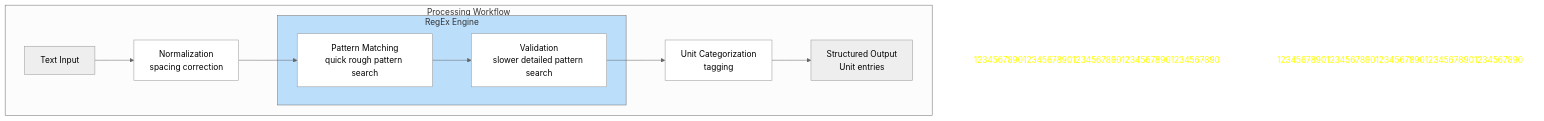
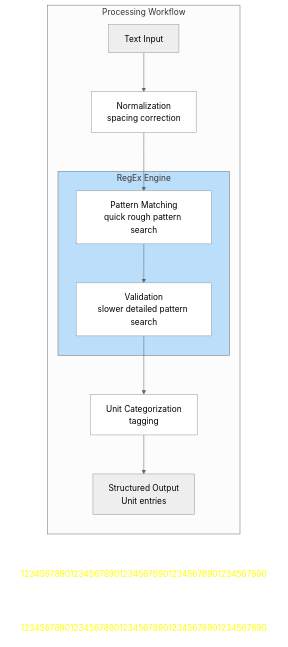
The diagram in seanox_ai_nlp/units/README.md (seanox/seanox-ai-nlp), drawn with Mermaid before and after one commit.

Commit message:
#0000 Documentation: Update of content

````diff
--- a/seanox_ai_nlp/units/README.md
+++ b/seanox_ai_nlp/units/README.md
@@ -705,31 +705,31 @@
 ```mermaid
 ---
 config:
   theme: neutral
 ---
-flowchart TD
+flowchart LR
     R["12345678901234567890123456789012345678901234567890"]
     subgraph subGraphWorkflow["Processing Workflow"]
         A["Text Input"]
         B["Normalization<br/>spacing correction"]
         subgraph subGraphRegExEngine["RegEx Engine"]
             C["Pattern Matching<br/>quick rough pattern search"]
             D["Validation<br/>slower detailed pattern search"]
         end
         E["Unit Categorization<br/>tagging"]
         F["Structured Output<br>Unit entries"]
     end
     L["12345678901234567890123456789012345678901234567890"]
     A --> B
     B --> C
     C --> D
     D --> E
     E --> F
     style subGraphRegExEngine fill:#BBDEFB  
     style B fill:#FFFFFF
     style C fill:#FFFFFF
     style D fill:#FFFFFF
     style E fill:#FFFFFF
     style L fill:#FFFFFF,stroke:#FFFFFF,stroke-width:0px,color:#FFFF00
     style R fill:#FFFFFF,stroke:#FFFFFF,stroke-width:0px,color:#FFFF00
 ```
````
